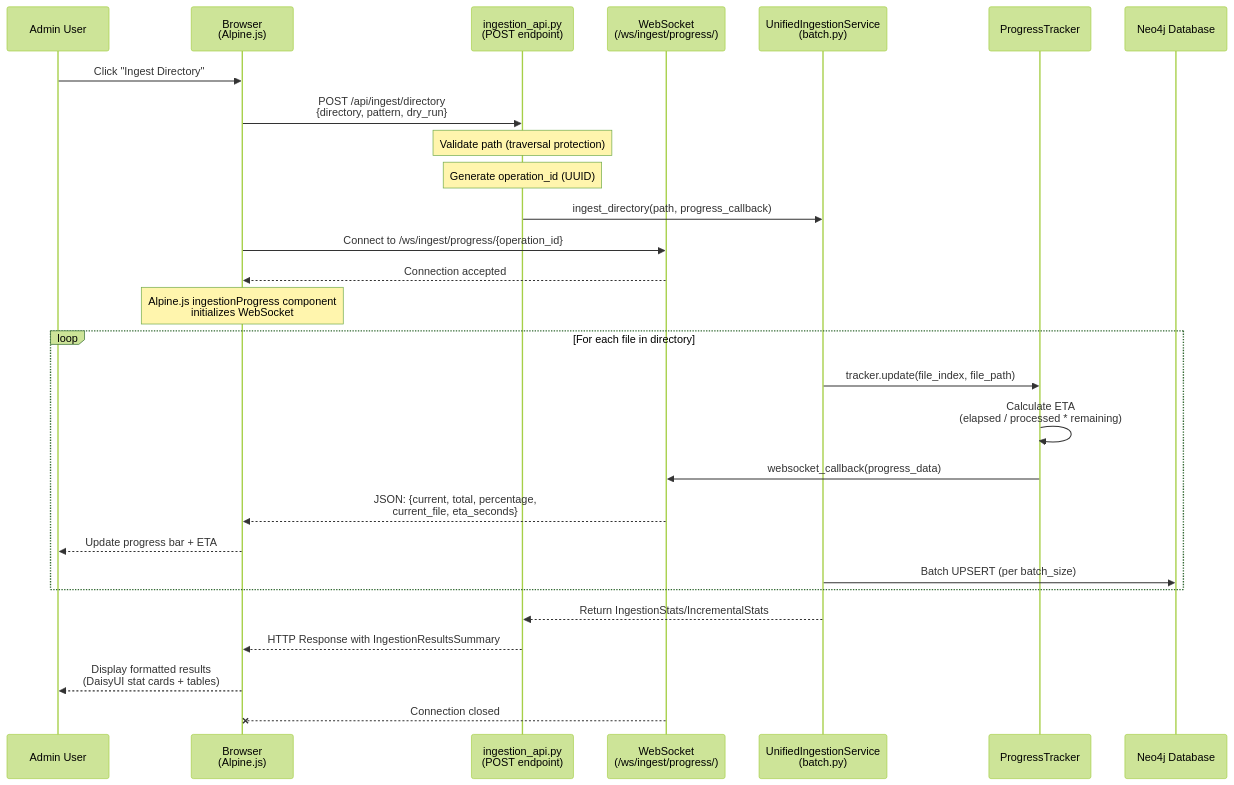
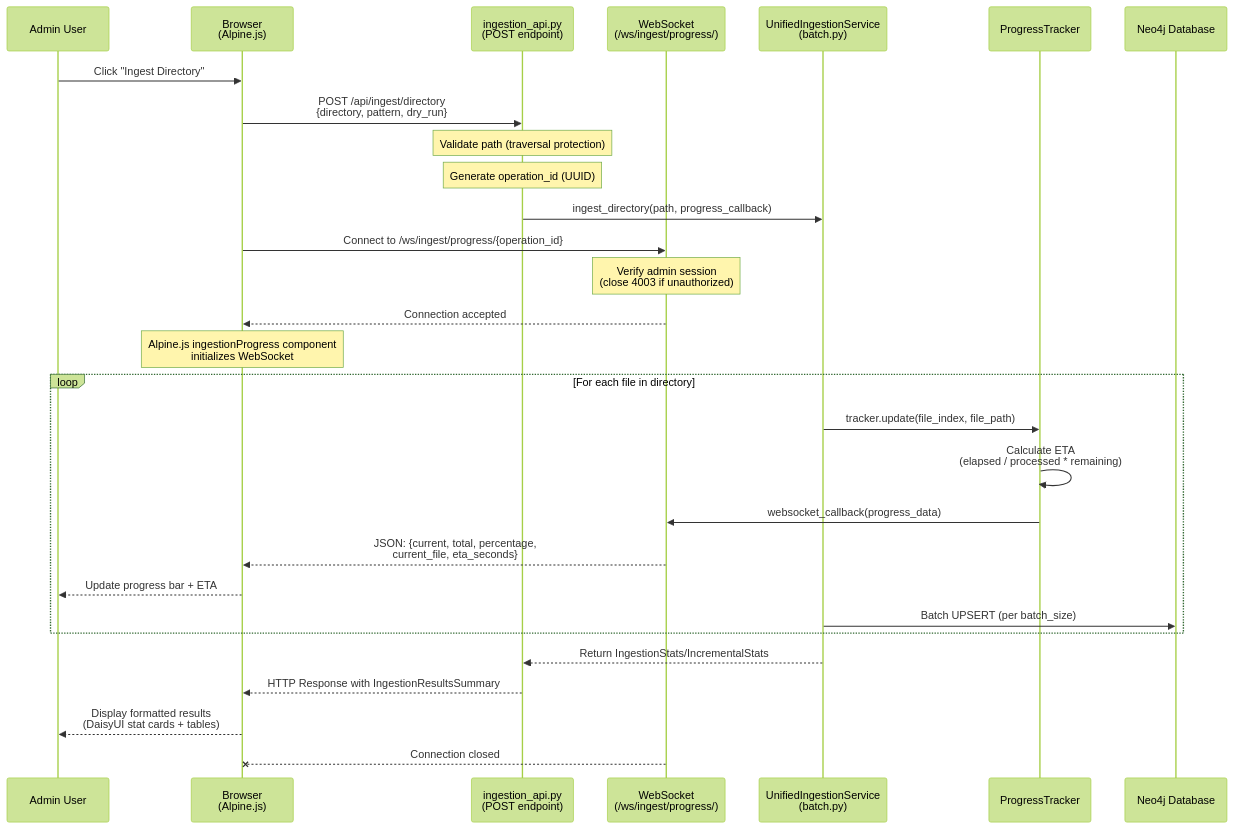
One commit to linguistic76/skuel changed the third of 5 diagrams in app/docs/diagrams/ingestion_architecture.md. Above: the diagram before and after it, drawn with Mermaid (forest theme). The commit also changed 6 other files, not shown here.

First line of the commit message:
docs: update 7 docs for security hardening (Cypher field validation, WebSocket auth, GraphQL GET auth)

````diff
--- a/app/docs/diagrams/ingestion_architecture.md
+++ b/app/docs/diagrams/ingestion_architecture.md
@@ -108,37 +108,38 @@
 ```mermaid
 sequenceDiagram
     participant Admin as Admin User
     participant UI as Browser<br/>(Alpine.js)
     participant API as ingestion_api.py<br/>(POST endpoint)
     participant WS as WebSocket<br/>(/ws/ingest/progress/)
     participant Service as UnifiedIngestionService<br/>(batch.py)
     participant Tracker as ProgressTracker
     participant Neo4j as Neo4j Database
 
     Admin->>UI: Click "Ingest Directory"
     UI->>API: POST /api/ingest/directory<br/>{directory, pattern, dry_run}
 
     Note over API: Validate path (traversal protection)
     Note over API: Generate operation_id (UUID)
 
     API->>Service: ingest_directory(path, progress_callback)
 
     UI->>WS: Connect to /ws/ingest/progress/{operation_id}
+    Note over WS: Verify admin session<br/>(close 4003 if unauthorized)
     WS-->>UI: Connection accepted
 
     Note over UI: Alpine.js ingestionProgress component<br/>initializes WebSocket
 
     loop For each file in directory
         Service->>Tracker: tracker.update(file_index, file_path)
         Tracker->>Tracker: Calculate ETA<br/>(elapsed / processed * remaining)
         Tracker->>WS: websocket_callback(progress_data)
         WS-->>UI: JSON: {current, total, percentage,<br/>current_file, eta_seconds}
         UI-->>Admin: Update progress bar + ETA
         Service->>Neo4j: Batch UPSERT (per batch_size)
     end
 
     Service-->>API: Return IngestionStats/IncrementalStats
     API-->>UI: HTTP Response with IngestionResultsSummary
     UI-->>Admin: Display formatted results<br/>(DaisyUI stat cards + tables)
     WS--xUI: Connection closed
 ```
````
